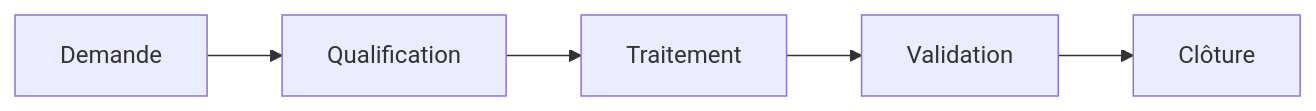
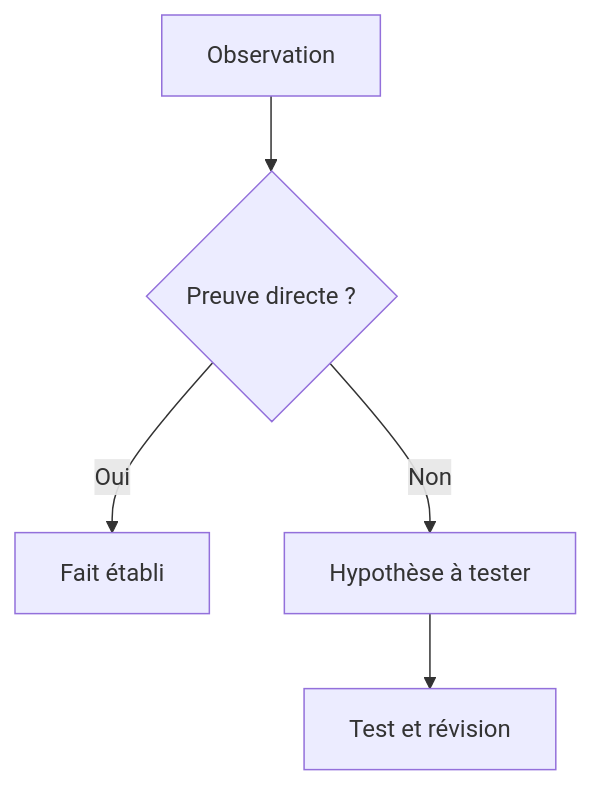
The fourth of 6 diagrams in content/lessons/maint-rca-intermediaire.md (biggyseven/Skill-Tree), drawn with Mermaid before and after one commit. The commit also changed other lines of this file, not shown here.

````diff
--- a/content/lessons/maint-rca-intermediaire.md
+++ b/content/lessons/maint-rca-intermediaire.md
@@ -74,4 +83,7 @@
 ```mermaid
-flowchart LR
-  A[Demande] --> B[Qualification] --> C[Traitement] --> D[Validation] --> E[Clôture]
+flowchart TD
+  A[Observation] --> B{Preuve directe ?}
+  B -->|Oui| C[Fait établi]
+  B -->|Non| D[Hypothèse à tester]
+  D --> E[Test et révision]
 ```
````
